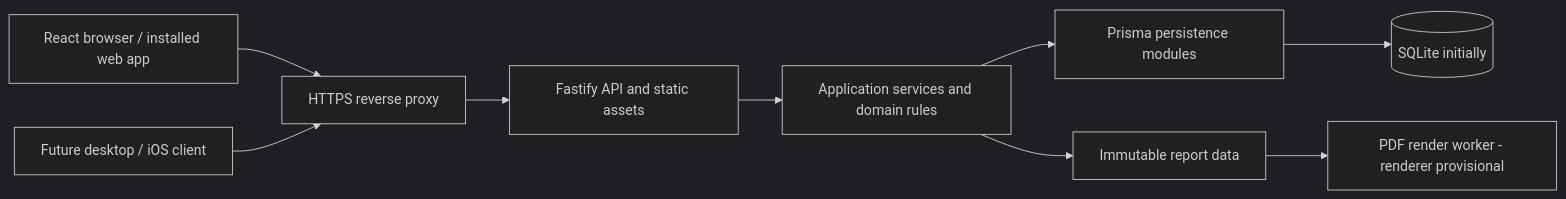
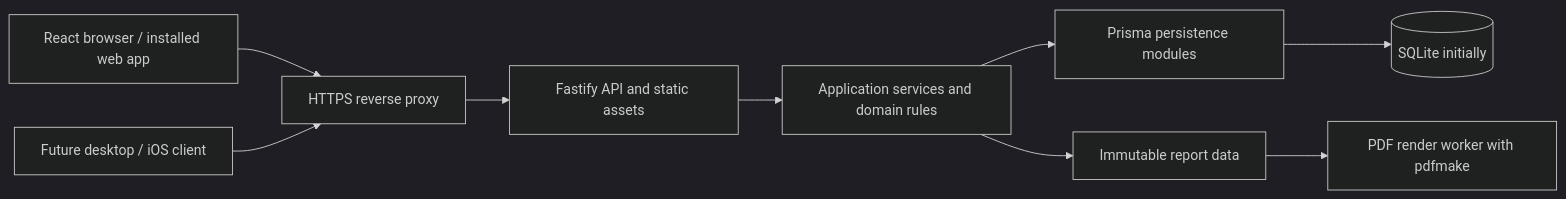
Before and after one commit to drblue/timekeeper: the diagram in docs/technical-design.md, drawn with Mermaid (dark theme). The commit also changed other lines of this file and 8 other files, not shown here.

````diff
--- a/docs/technical-design.md
+++ b/docs/technical-design.md
@@ -31,11 +31,11 @@
 ```mermaid
 flowchart LR
 	Web[React browser / installed web app] --> Proxy[HTTPS reverse proxy]
 	Future[Future desktop / iOS client] --> Proxy
 	Proxy --> App[Fastify API and static assets]
 	App --> Domain[Application services and domain rules]
 	Domain --> Repo[Prisma persistence modules]
 	Repo --> DB[(SQLite initially)]
 	Domain --> Report[Immutable report data]
-	Report --> Worker[PDF render worker - renderer provisional]
+	Report --> Worker[PDF render worker with pdfmake]
 ```
````
